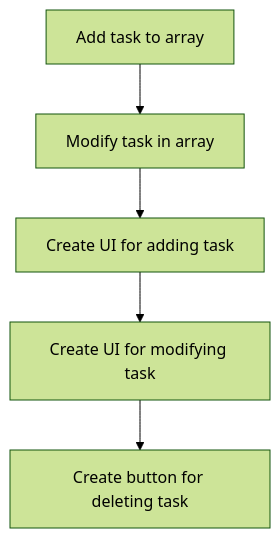
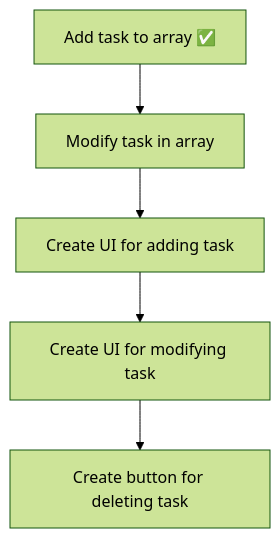
The diagram in README.md (awoyele/todo-ai), drawn with Mermaid (forest theme) before and after one commit.

Commit message:
Task about to be added

````diff
--- a/README.md
+++ b/README.md
@@ -5,7 +5,7 @@
 ```mermaid
 graph TD;
-    A[Add task to array] --> B[Modify task in array];
+    A[Add task to array ✅] --> B[Modify task in array];
     B --> C[Create UI for adding task];
     C --> D[Create UI for modifying task];
     D --> E[Create button for deleting task];
 ```
````
